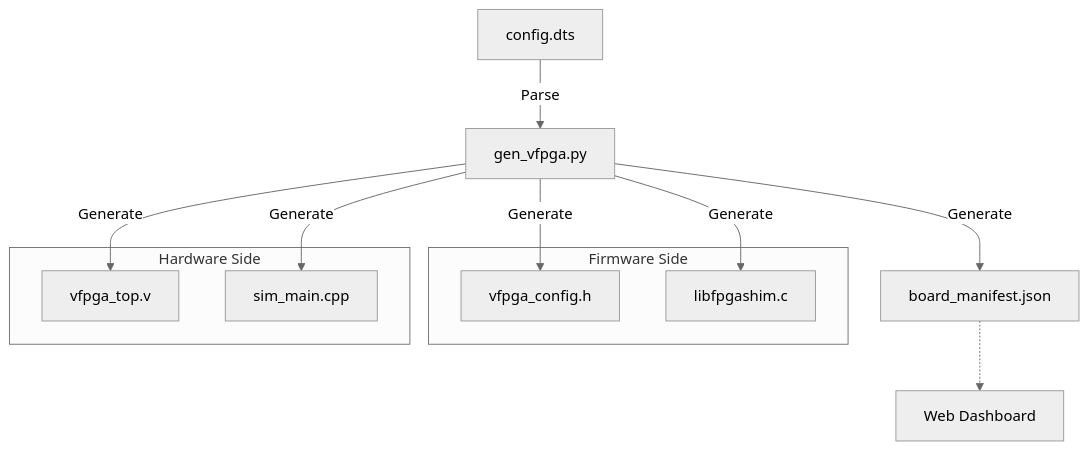
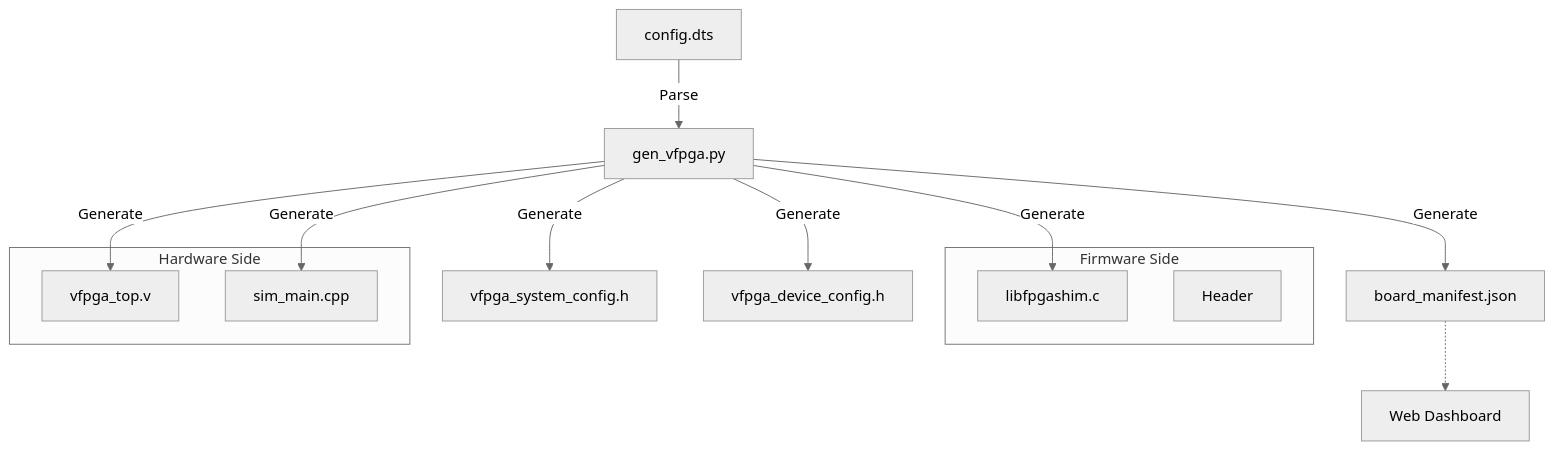
Before and after one commit to sirosiro/FPGA-BoardlessBench: the diagram in scripts/README.md, drawn with Mermaid (neutral theme). The commit also changed other lines of this file and 16 other files, not shown here.

````diff
--- a/scripts/README.md
+++ b/scripts/README.md
@@ -59,21 +60,22 @@
 ```mermaid
 graph TD
     DTS[config.dts] -->|Parse| GEN[gen_vfpga.py]
-    GEN -->|Generate| Header[vfpga_config.h]
+    GEN -->|Generate| SysHeader[vfpga_system_config.h]
+    GEN -->|Generate| DevHeader[vfpga_device_config.h]
     GEN -->|Generate| Shim[libfpgashim.c]
     GEN -->|Generate| RTL[vfpga_top.v]
     GEN -->|Generate| CPP[sim_main.cpp]
     GEN -->|Generate| Manifest[board_manifest.json]
     
     Manifest -.-> Dash[Web Dashboard]
     
     subgraph "Firmware Side"
         Header
         Shim
     end
     
     subgraph "Hardware Side"
         RTL
         CPP
     end
 ```
````
